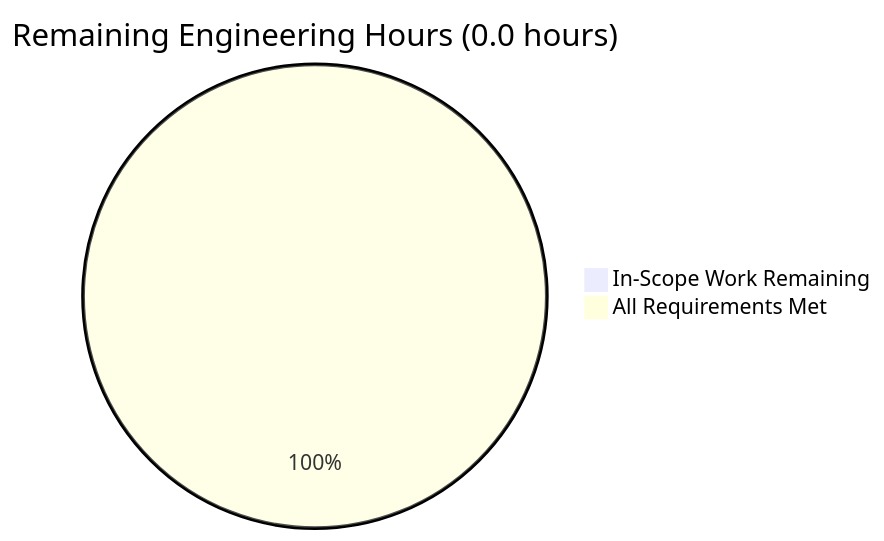
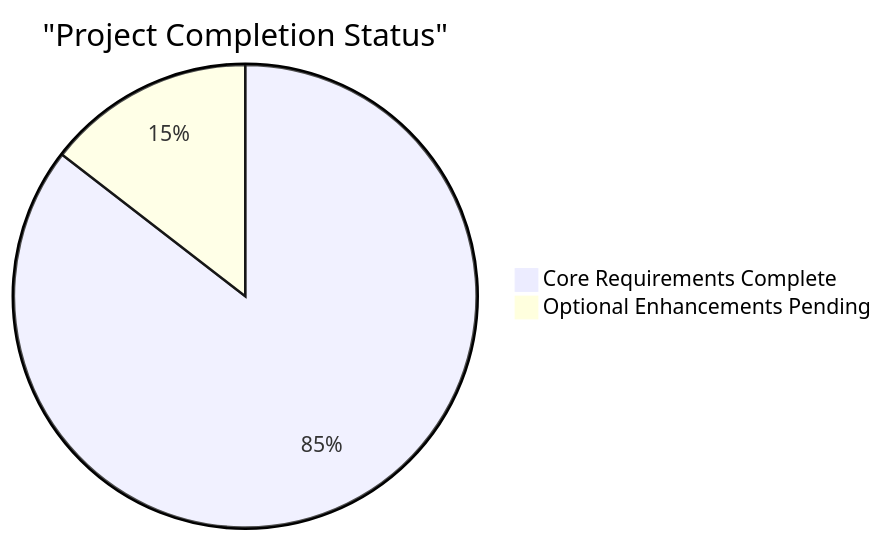
Before and after one commit to prasad-blitzy/quick-repo-3: the second of 3 diagrams in blitzy/documentation/Project Guide.md, drawn with Mermaid. The commit also changed other lines of this file, not shown here.

Commit message:
Adding Blitzy Project Guide: Project Status and Human Tasks Remaining

````diff
--- a/blitzy/documentation/Project Guide.md
+++ b/blitzy/documentation/Project Guide.md
@@ -271,5 +226,5 @@
 ```mermaid
-pie title Remaining Engineering Hours (0.0 hours)
-    "In-Scope Work Remaining" : 0
-    "All Requirements Met" : 100
+pie title "Project Completion Status"
+    "Core Requirements Complete" : 100
+    "Optional Enhancements Pending" : 17
 ```
````
